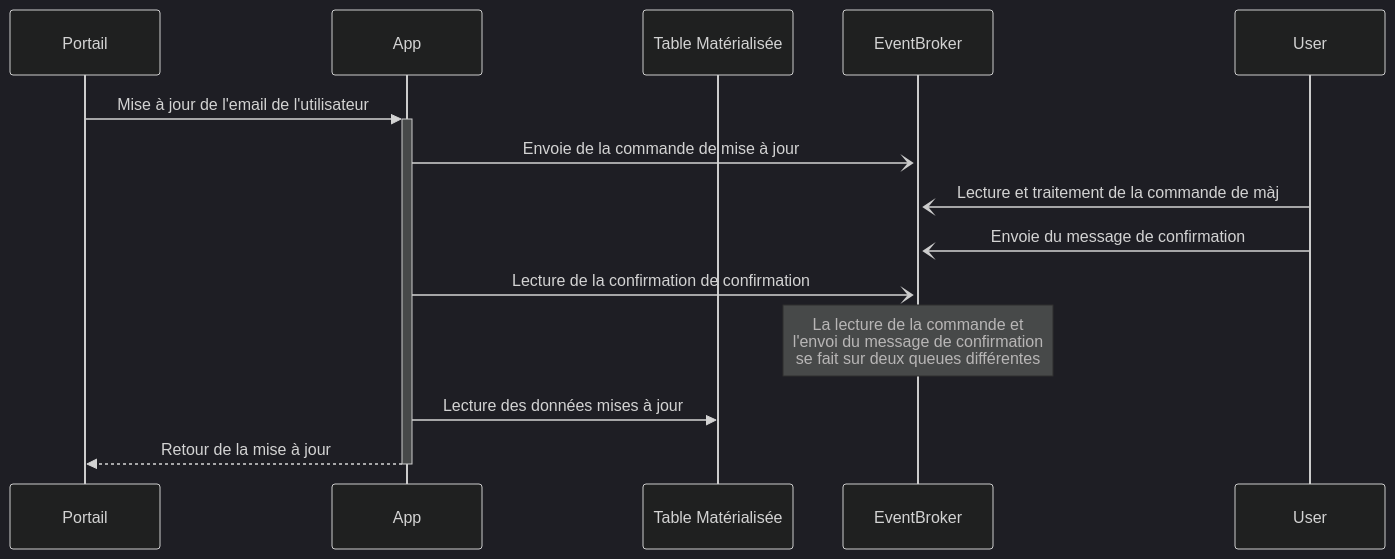
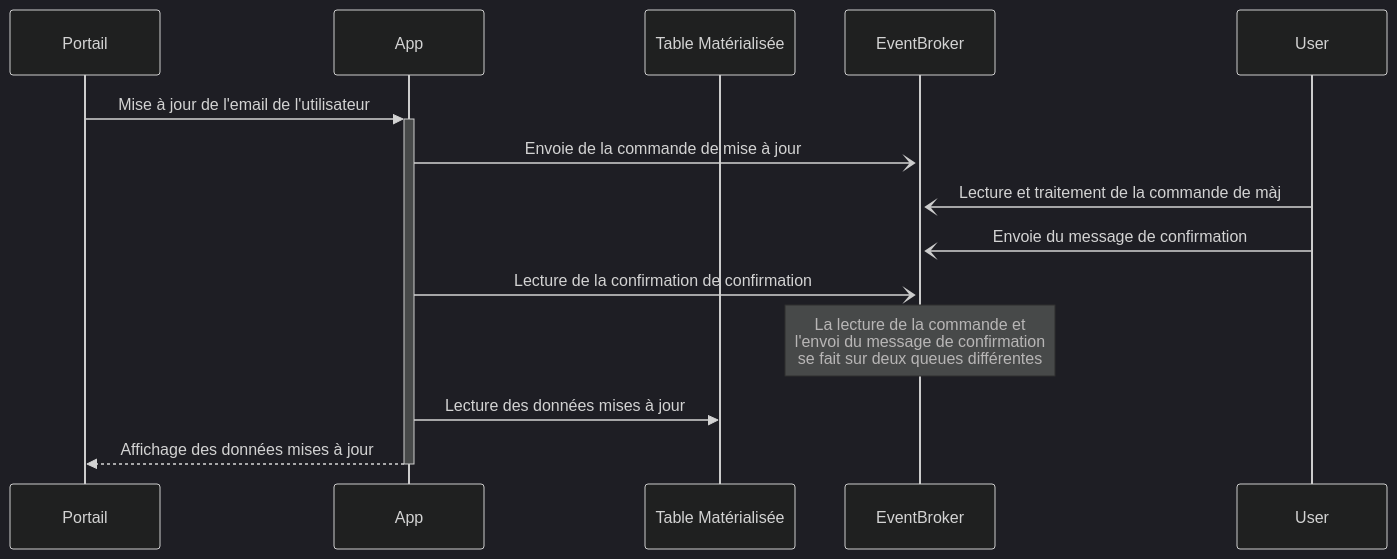
The diagram in website/docs/Event Driven Architecture/2-data-stream/exemple-1-produire-et-consomer.md (diplomegalo/event-driven), drawn with Mermaid (dark theme) before and after one commit. The commit also changed other lines of this file, not shown here.

````diff
--- a/website/docs/Event Driven Architecture/2-data-stream/exemple-1-produire-et-consomer.md
+++ b/website/docs/Event Driven Architecture/2-data-stream/exemple-1-produire-et-consomer.md
@@ -107,18 +110,17 @@
 ```mermaid
 
 sequenceDiagram
     participant Portail
     participant App
     participant Table Matérialisée
     participant EventBroker
     participant User
     Portail->>+App: Mise à jour de l'email de l'utilisateur
     App-)+EventBroker: Envoie de la commande de mise à jour
     User-)EventBroker: Lecture et traitement de la commande de màj
     User-)EventBroker: Envoie du message de confirmation
     App-)EventBroker: Lecture de la confirmation de confirmation
     note over EventBroker: La lecture de la commande et<br/>l'envoi du message de confirmation<br/>se fait sur deux queues différentes
-
     App->>Table Matérialisée: Lecture des données mises à jour
-    App-->>-Portail: Retour de la mise à jour
+    App-->>-Portail: Affichage des données mises à jour
 ```
````
